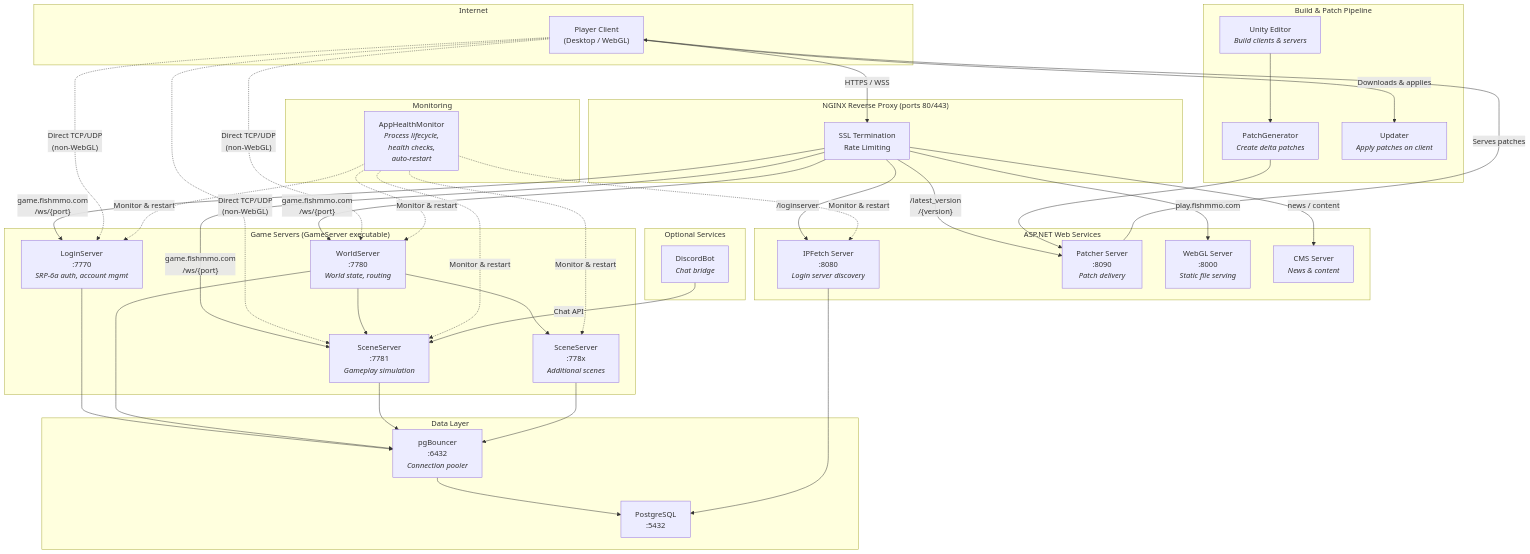
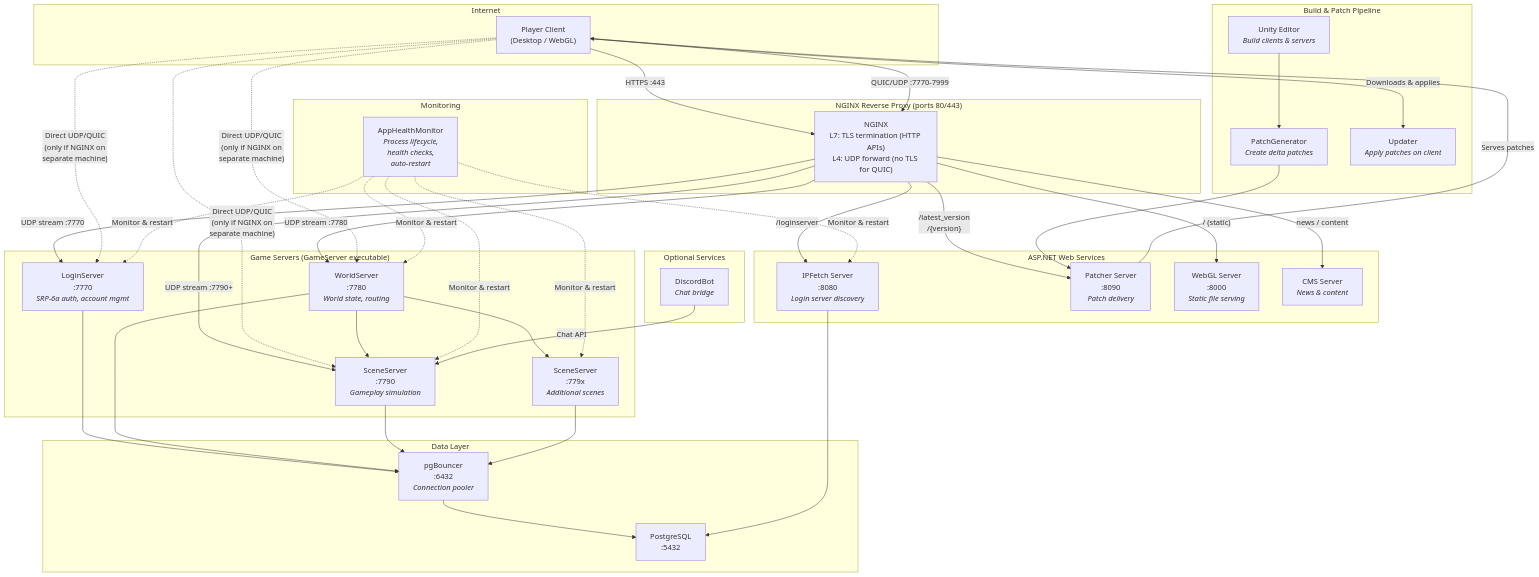
Before and after one commit to jimdroberts/FishMMO: the diagram in README.md, drawn with Mermaid. The commit also changed other lines of this file, not shown here.

````diff
--- a/README.md
+++ b/README.md
@@ -1451,80 +1863,80 @@
 ```mermaid
 flowchart TB
     subgraph Internet
         Player["Player Client<br/>(Desktop / WebGL)"]
     end
 
     subgraph NGINX["NGINX Reverse Proxy (ports 80/443)"]
-        SSL["SSL Termination<br/>Rate Limiting"]
+        SSL["NGINX<br/>L7: TLS termination (HTTP APIs)<br/>L4: UDP forward (no TLS for QUIC)"]
     end
 
     subgraph WebServices["ASP.NET Web Services"]
         IPFetch["IPFetch Server<br/>:8080<br/><i>Login server discovery</i>"]
         Patcher["Patcher Server<br/>:8090<br/><i>Patch delivery</i>"]
         WebGL["WebGL Server<br/>:8000<br/><i>Static file serving</i>"]
         CMS["CMS Server<br/><i>News &amp; content</i>"]
     end
 
     subgraph GameServers["Game Servers (GameServer executable)"]
         Login["LoginServer<br/>:7770<br/><i>SRP-6a auth, account mgmt</i>"]
         World["WorldServer<br/>:7780<br/><i>World state, routing</i>"]
-        Scene1["SceneServer<br/>:7781<br/><i>Gameplay simulation</i>"]
-        SceneN["SceneServer<br/>:778x<br/><i>Additional scenes</i>"]
+        Scene1["SceneServer<br/>:7790<br/><i>Gameplay simulation</i>"]
+        SceneN["SceneServer<br/>:779x<br/><i>Additional scenes</i>"]
     end
 
     subgraph DataLayer["Data Layer"]
         PgBouncer["pgBouncer<br/>:6432<br/><i>Connection pooler</i>"]
         PostgreSQL["PostgreSQL<br/>:5432"]
     end
 
     subgraph Monitoring["Monitoring"]
         HealthMon["AppHealthMonitor<br/><i>Process lifecycle,<br/>health checks,<br/>auto-restart</i>"]
     end
 
     subgraph BuildPipeline["Build & Patch Pipeline"]
         Unity["Unity Editor<br/><i>Build clients & servers</i>"]
         PatchGen["PatchGenerator<br/><i>Create delta patches</i>"]
         Updater["Updater<br/><i>Apply patches on client</i>"]
     end
 
     subgraph OptionalServices["Optional Services"]
         DiscordBot["DiscordBot<br/><i>Chat bridge</i>"]
     end
 
-    Player -->|"HTTPS / WSS"| SSL
+    Player -->|"HTTPS :443"| SSL
+    Player -->|"QUIC/UDP :7770-7999"| SSL
     SSL -->|"/loginserver"| IPFetch
     SSL -->|"/latest_version<br/>/{version}"| Patcher
-    SSL -->|"play.fishmmo.com"| WebGL
-    SSL -->|"game.fishmmo.com<br/>/ws/{port}"| Login
-    SSL -->|"game.fishmmo.com<br/>/ws/{port}"| World
-    SSL -->|"game.fishmmo.com<br/>/ws/{port}"| Scene1
+    SSL -->|"/ (static)"| WebGL
+    SSL -->|"UDP stream :7770"| Login
+    SSL -->|"UDP stream :7780"| World
+    SSL -->|"UDP stream :7790+"| Scene1
     SSL -->|"news / content"| CMS
 
-    Player -.->|"Direct TCP/UDP<br/>(non-WebGL)"| Login
-    Player -.->|"Direct TCP/UDP<br/>(non-WebGL)"| World
-    Player -.->|"Direct TCP/UDP<br/>(non-WebGL)"| Scene1
+    Player -.->|"Direct UDP/QUIC<br/>(only if NGINX on<br/>separate machine)"| Login
+    Player -.->|"Direct UDP/QUIC<br/>(only if NGINX on<br/>separate machine)"| World
+    Player -.->|"Direct UDP/QUIC<br/>(only if NGINX on<br/>separate machine)"| Scene1
 
     Login --> PgBouncer
     World --> PgBouncer
     Scene1 --> PgBouncer
     SceneN --> PgBouncer
     PgBouncer --> PostgreSQL
-
 
     IPFetch --> PostgreSQL
     World --> Scene1
     World --> SceneN
 
     HealthMon -.->|"Monitor & restart"| Login
     HealthMon -.->|"Monitor & restart"| World
     HealthMon -.->|"Monitor & restart"| Scene1
     HealthMon -.->|"Monitor & restart"| SceneN
     HealthMon -.->|"Monitor & restart"| IPFetch
 
     DiscordBot -->|"Chat API"| Scene1
 
     Unity --> PatchGen
     PatchGen --> Patcher
     Patcher -->|"Serves patches"| Player
     Player -->|"Downloads & applies"| Updater
 ```
````
